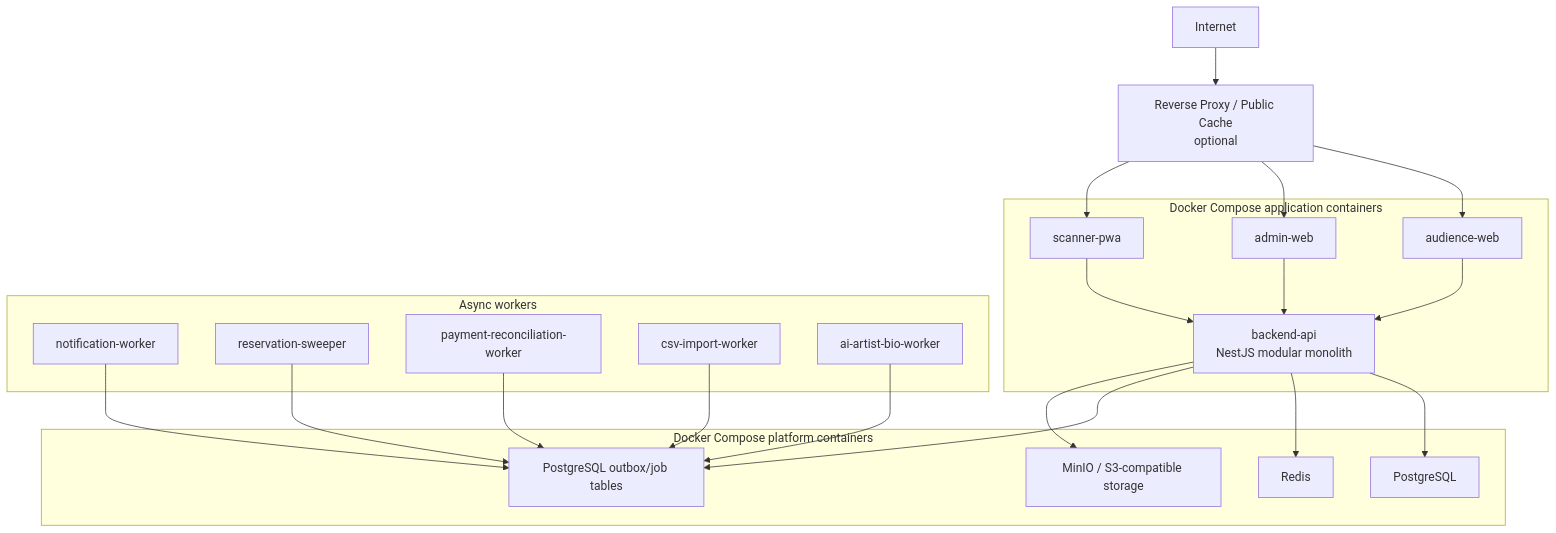
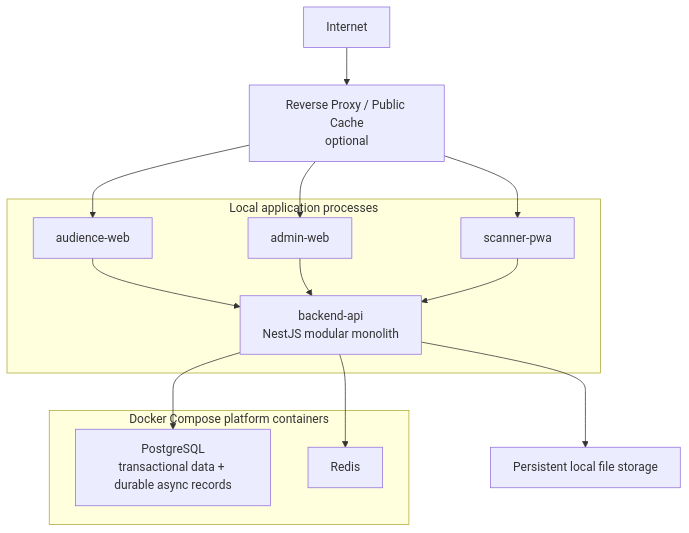
Before and after one commit to Toanapr/ticket-box: the second of 2 diagrams in blueprint/03-high-level-architecture.md, drawn with Mermaid. The commit also changed other lines of this file and 24 other files, not shown here.

````diff
--- a/blueprint/03-high-level-architecture.md
+++ b/blueprint/03-high-level-architecture.md
@@ -97,47 +99,33 @@
 ```mermaid
 flowchart TD
     Internet["Internet"]
     Edge["Reverse Proxy / Public Cache<br/>optional"]
 
     Internet --> Edge
 
-    subgraph Apps["Docker Compose application containers"]
+    subgraph Apps["Local application processes"]
         AudienceWeb["audience-web"]
         AdminWeb["admin-web"]
         ScannerWeb["scanner-pwa"]
         BackendAPI["backend-api<br/>NestJS modular monolith"]
     end
 
-    subgraph Workers["Async workers"]
-        NotificationWorker["notification-worker"]
-        ReservationSweeper["reservation-sweeper"]
-        PaymentReconciliation["payment-reconciliation-worker"]
-        CSVImport["csv-import-worker"]
-        AIBioWorker["ai-artist-bio-worker"]
+    subgraph Platform["Docker Compose platform containers"]
+        Postgres["PostgreSQL<br/>transactional data + durable async records"]
+        Redis["Redis"]
     end
 
-    subgraph Platform["Docker Compose platform containers"]
-        Postgres["PostgreSQL"]
-        Redis["Redis"]
-        AsyncState["PostgreSQL outbox/job tables"]
-        MinIO["MinIO / S3-compatible storage"]
-    end
+    Storage["Persistent local file storage"]
 
     Edge --> AudienceWeb
     Edge --> AdminWeb
     Edge --> ScannerWeb
     AudienceWeb --> BackendAPI
     AdminWeb --> BackendAPI
     ScannerWeb --> BackendAPI
 
     BackendAPI --> Postgres
     BackendAPI --> Redis
-    BackendAPI --> AsyncState
-    BackendAPI --> MinIO
+    BackendAPI --> Storage
 
-    NotificationWorker --> AsyncState
-    ReservationSweeper --> AsyncState
-    PaymentReconciliation --> AsyncState
-    CSVImport --> AsyncState
-    AIBioWorker --> AsyncState
 ```
````
